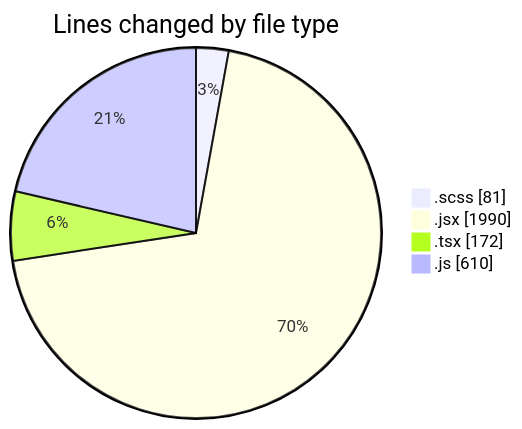
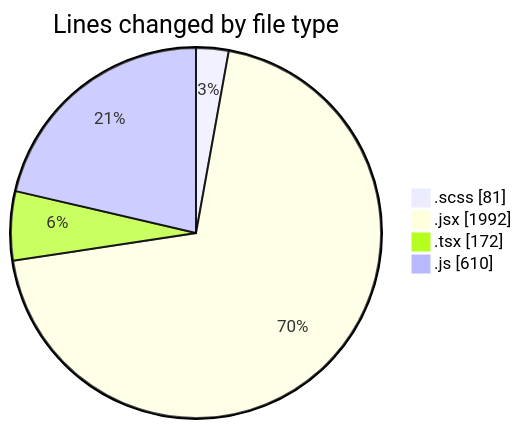
The first of 2 diagrams in 2025-06-03/cda/README.md (momahboobian/code-tracking), drawn with Mermaid before and after one commit. The commit also changed other lines of this file and 1 other file, not shown here.

````diff
--- a/2025-06-03/cda/README.md
+++ b/2025-06-03/cda/README.md
@@ -25,8 +25,8 @@
 ```mermaid
 pie showData
 title Lines changed by file type
 ".scss" : 81
-".jsx" : 1990
+".jsx" : 1992
 ".tsx" : 172
 ".js" : 610
 ```
````
